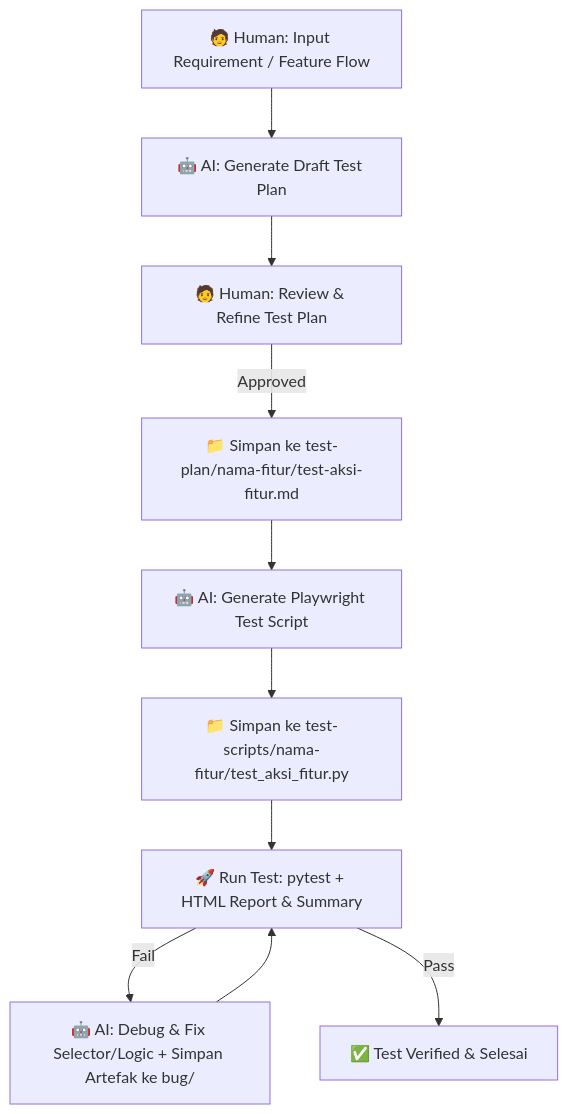
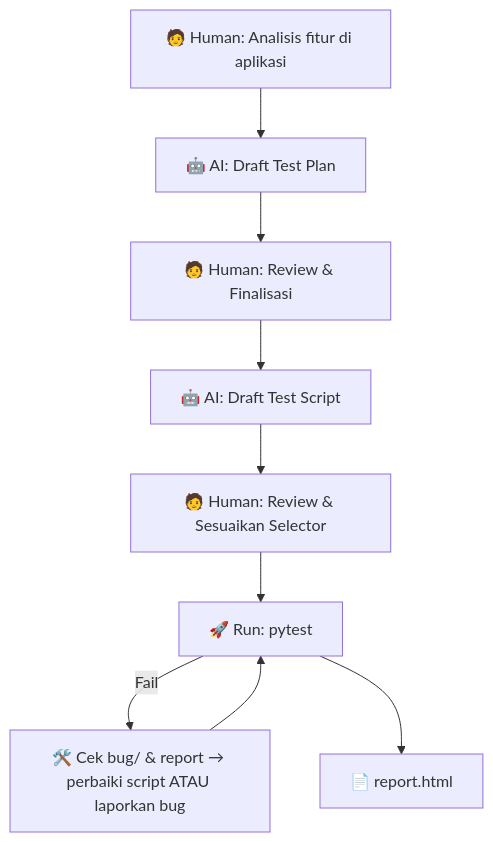
The diagram in README.md (maryam-silva/testing-sgs), drawn with Mermaid before and after one commit. The commit also changed other lines of this file and 2 other files, not shown here.

````diff
--- a/README.md
+++ b/README.md
@@ -22,12 +32,9 @@
 ```mermaid
 flowchart TD
-    A[🧑 Human: Input Requirement / Feature Flow] --> B[🤖 AI: Generate Draft Test Plan]
-    B --> C[🧑 Human: Review & Refine Test Plan]
-    C -->|Approved| D[📁 Simpan ke test-plan/nama-fitur/test-aksi-fitur.md]
-    D --> E[🤖 AI: Generate Playwright Test Script]
-    E --> F[📁 Simpan ke test-scripts/nama-fitur/test_aksi_fitur.py]
-    F --> G[🚀 Run Test: pytest + HTML Report & Summary]
-    G -->|Fail| H[🤖 AI: Debug & Fix Selector/Logic + Simpan Artefak ke bug/]
-    H --> G
-    G -->|Pass| I[✅ Test Verified & Selesai]
+    A[🧑 Human: Analisis fitur di aplikasi] --> B[🤖 AI: Draft Test Plan] --> B2[🧑 Human: Review & Finalisasi]
+    B2 --> C[🤖 AI: Draft Test Script] --> C2[🧑 Human: Review & Sesuaikan Selector]
+    C2 --> D[🚀 Run: pytest]
+    D -->|Fail| E[🛠️ Cek bug/ & report → perbaiki script ATAU laporkan bug]
+    E --> D
+    D --> F[📄 report.html]
 ```
````
